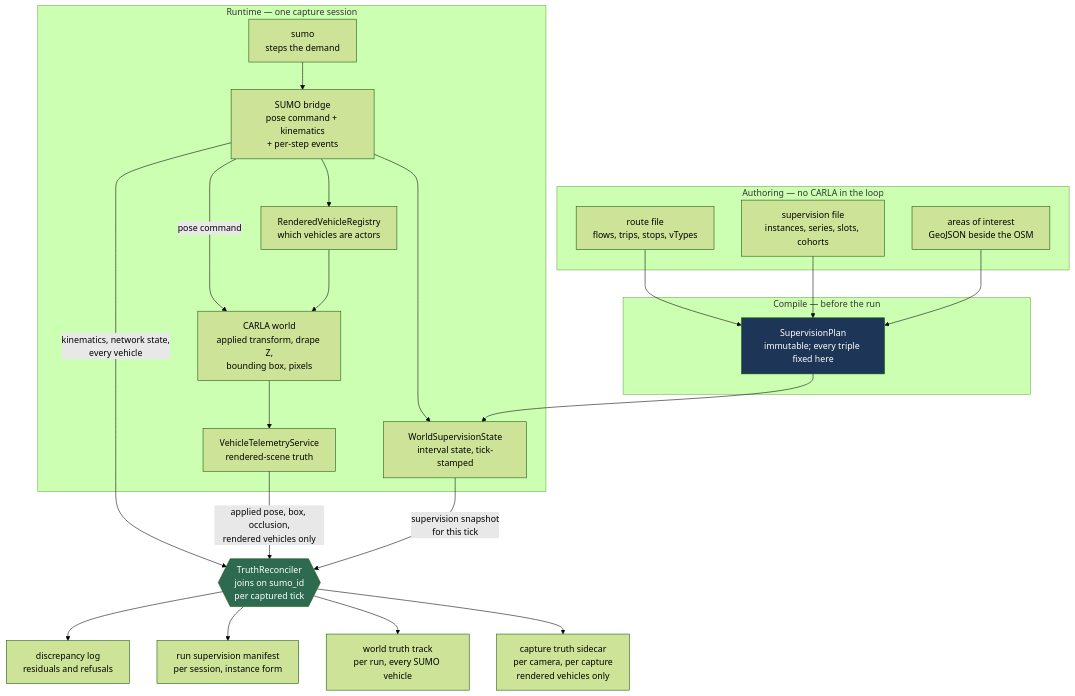
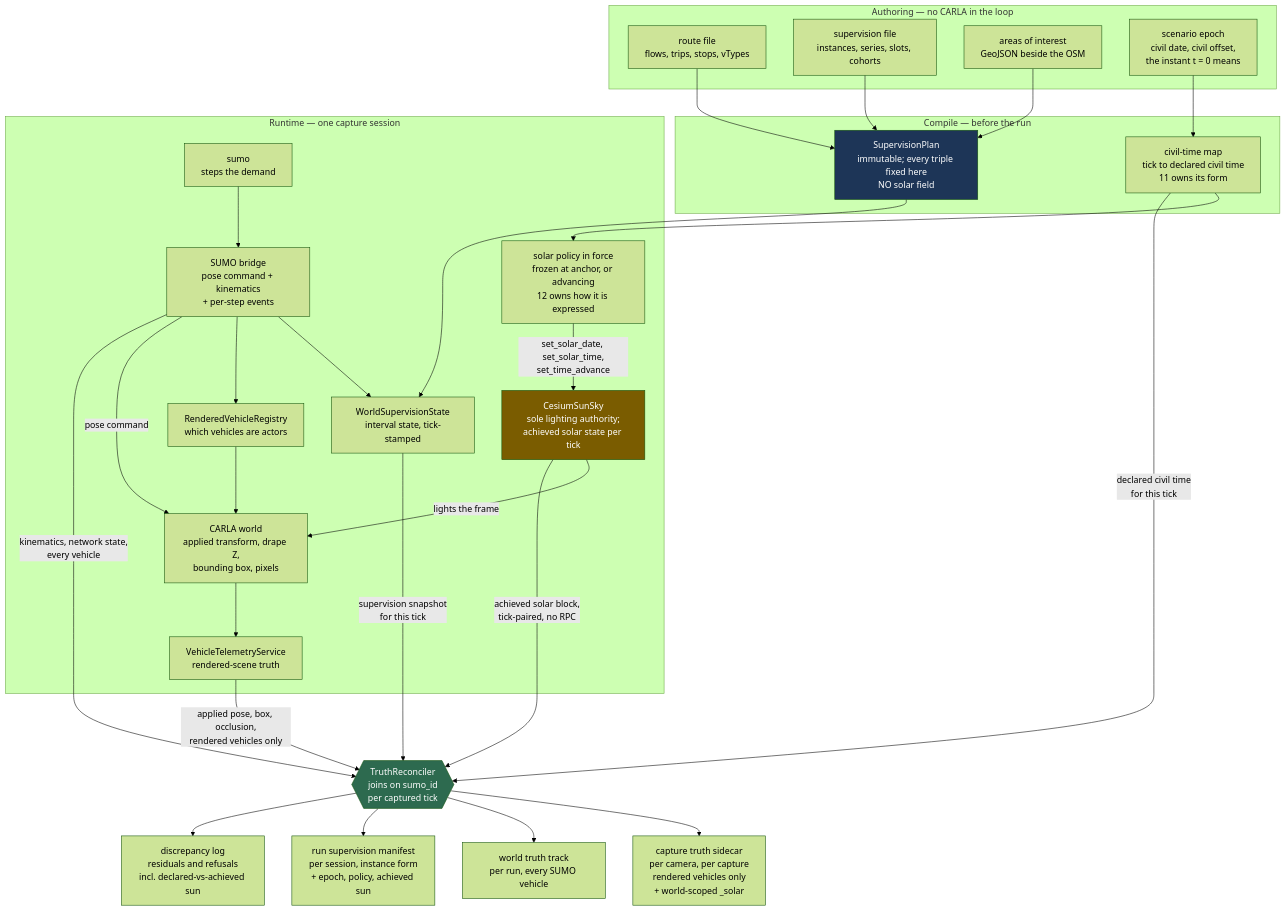
One commit to sbrett9/carla changed the second of 5 diagrams in Docs/CAT_Research/Plans/SUMO_Behavioral_Capture/06_Truth_And_Annotation.md. Above: the diagram before and after it, drawn with Mermaid (forest theme). The commit also changed other lines of this file and 15 other files, not shown here.

````diff
--- a/Docs/CAT_Research/Plans/SUMO_Behavioral_Capture/06_Truth_And_Annotation.md
+++ b/Docs/CAT_Research/Plans/SUMO_Behavioral_Capture/06_Truth_And_Annotation.md
@@ -633,47 +817,58 @@
 ```mermaid
 flowchart TB
     subgraph authoring["Authoring — no CARLA in the loop"]
         ROU["route file<br/>flows, trips, stops, vTypes"]
         SUP["supervision file<br/>instances, series, slots, cohorts"]
         AOI["areas of interest<br/>GeoJSON beside the OSM"]
+        EPO["scenario epoch<br/>civil date, civil offset,<br/>the instant t = 0 means"]
     end
 
     subgraph compile["Compile — before the run"]
-        PLAN["SupervisionPlan<br/>immutable; every triple fixed here"]
+        PLAN["SupervisionPlan<br/>immutable; every triple fixed here<br/>NO solar field"]
+        TMAP["civil-time map<br/>tick to declared civil time<br/>11 owns its form"]
     end
 
     ROU --> PLAN
     SUP --> PLAN
     AOI --> PLAN
+    EPO --> TMAP
 
     subgraph runtime["Runtime — one capture session"]
         SUMO["sumo<br/>steps the demand"]
         BRIDGE["SUMO bridge<br/>pose command + kinematics<br/>+ per-step events"]
         REG["RenderedVehicleRegistry<br/>which vehicles are actors"]
+        SOLCMD["solar policy in force<br/>frozen at anchor, or advancing<br/>12 owns how it is expressed"]
         CARLA["CARLA world<br/>applied transform, drape Z,<br/>bounding box, pixels"]
+        SUN["CesiumSunSky<br/>sole lighting authority;<br/>achieved solar state per tick"]
         VTS["VehicleTelemetryService<br/>rendered-scene truth"]
         WSS["WorldSupervisionState<br/>interval state, tick-stamped"]
     end
 
     PLAN --> WSS
+    TMAP --> SOLCMD
     SUMO --> BRIDGE
     BRIDGE --> WSS
     BRIDGE --> REG
     REG --> CARLA
     BRIDGE -->|pose command| CARLA
+    SOLCMD -->|set_solar_date, set_solar_time,<br/>set_time_advance| SUN
+    SUN -->|lights the frame| CARLA
     CARLA --> VTS
 
     RECON{{"TruthReconciler<br/>joins on sumo_id<br/>per captured tick"}}
 
     BRIDGE -->|kinematics, network state,<br/>every vehicle| RECON
     VTS -->|applied pose, box, occlusion,<br/>rendered vehicles only| RECON
     WSS -->|supervision snapshot<br/>for this tick| RECON
+    SUN -->|achieved solar block,<br/>tick-paired, no RPC| RECON
+    TMAP -->|declared civil time<br/>for this tick| RECON
 
-    RECON --> SIDE["capture truth sidecar<br/>per camera, per capture<br/>rendered vehicles only"]
+    RECON --> SIDE["capture truth sidecar<br/>per camera, per capture<br/>rendered vehicles only<br/>+ world-scoped _solar"]
     RECON --> WORLD["world truth track<br/>per run, every SUMO vehicle"]
-    RECON --> MAN["run supervision manifest<br/>per session, instance form"]
-    RECON --> DISC["discrepancy log<br/>residuals and refusals"]
+    RECON --> MAN["run supervision manifest<br/>per session, instance form<br/>+ epoch, policy, achieved sun"]
+    RECON --> DISC["discrepancy log<br/>residuals and refusals<br/>incl. declared-vs-achieved sun"]
 
     style RECON fill:#2d6a4f,color:#ffffff
     style PLAN fill:#1d3557,color:#ffffff
+    style SUN fill:#7a5c00,color:#ffffff
 ```
````
